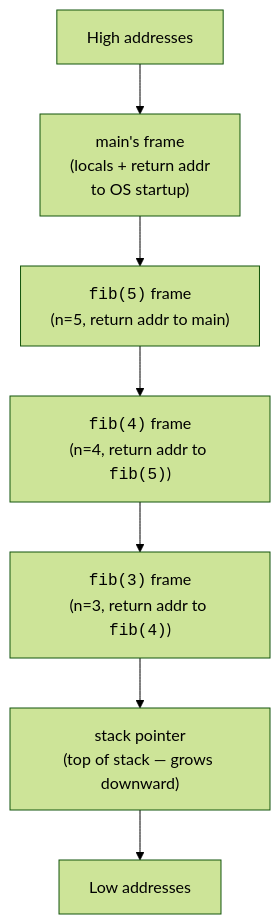
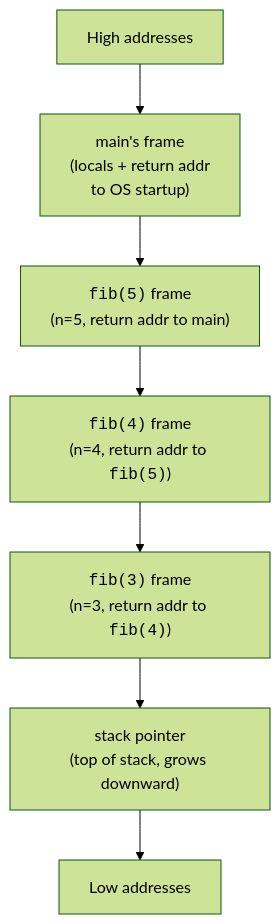
Before and after one commit to dataslope/dataslope: the diagram in content/courses/systems-programming-c/stack-and-functions.mdx, drawn with Mermaid (forest theme). The commit also changed other lines of this file and 1206 other files, not shown here.

````diff
--- a/content/courses/systems-programming-c/stack-and-functions.mdx
+++ b/content/courses/systems-programming-c/stack-and-functions.mdx
@@ -82,10 +82,10 @@
 ```mermaid
 flowchart TB
     A["High addresses"]
     A --> F3["main's frame<br/>(locals + return addr<br/>to OS startup)"]
     F3 --> F2["<code>fib(5)</code> frame<br/>(n=5, return addr to main)"]
     F2 --> F1["<code>fib(4)</code> frame<br/>(n=4, return addr to <code>fib(5)</code>)"]
     F1 --> F0["<code>fib(3)</code> frame<br/>(n=3, return addr to <code>fib(4)</code>)"]
-    F0 --> SP["stack pointer<br/>(top of stack — grows downward)"]
+    F0 --> SP["stack pointer<br/>(top of stack, grows downward)"]
     SP --> Z["Low addresses"]
 ```
````
